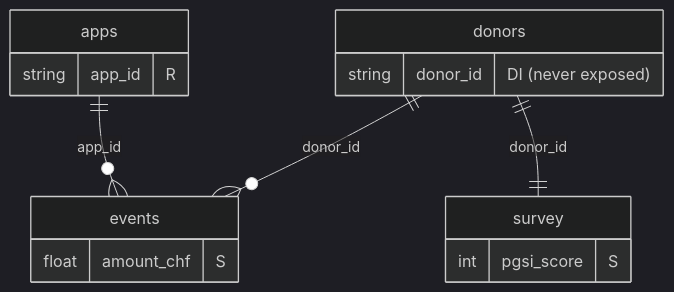
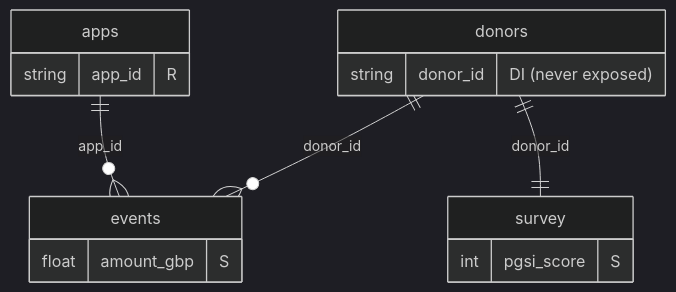
Before and after one commit to wadelab/safe-tre-agent: the third of 3 diagrams in docs/architecture.md, drawn with Mermaid (dark theme). The commit also changed other lines of this file and 20 other files, not shown here.

````diff
--- a/docs/architecture.md
+++ b/docs/architecture.md
@@ -97,11 +97,11 @@
 ```mermaid
 erDiagram
     donors ||--o{ events : donor_id
     donors ||--|| survey : donor_id
     apps   ||--o{ events : app_id
 
     donors  { string donor_id "DI (never exposed)" }
     apps    { string app_id "R" }
-    events  { float amount_chf "S" }
+    events  { float amount_gbp "S" }
     survey  { int pgsi_score "S" }
 ```
````
